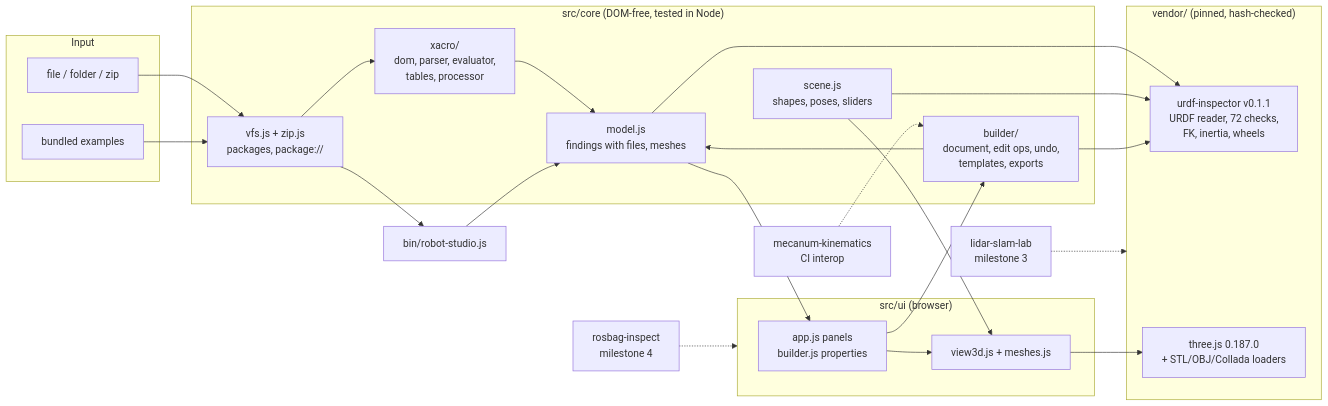
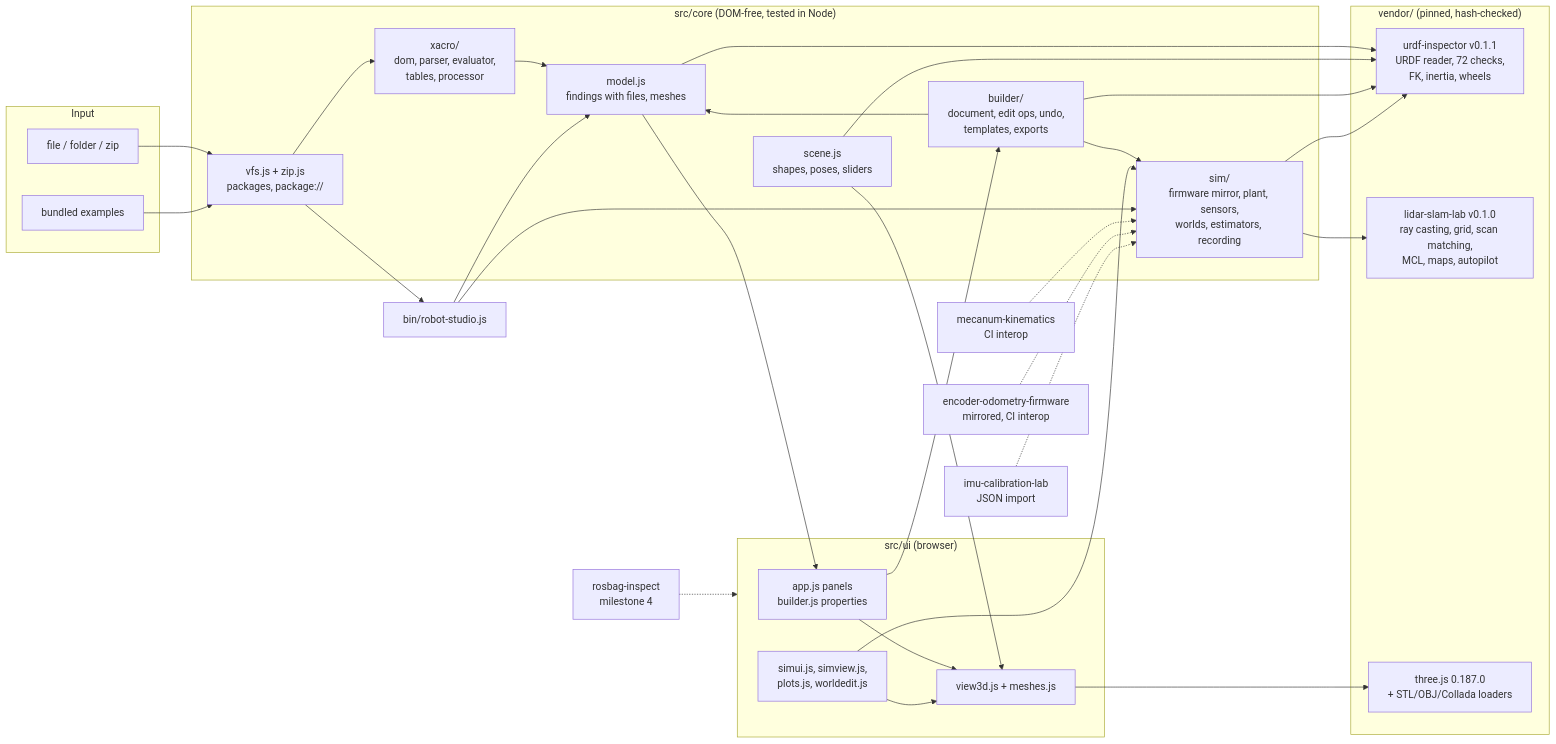
The diagram in README.md (projectbin07-stack/robot-studio), drawn with Mermaid before and after one commit. The commit also changed other lines of this file and 7 other files, not shown here.

Commit message:
Document milestone 3: README simulation section and validation tiers, roadmap (milestone 3 done, milestone 4 refined), handoff, changelog and screenshots from the live site

````diff
--- a/README.md
+++ b/README.md
@@ -193,38 +266,48 @@
 ```mermaid
 flowchart LR
   subgraph input[Input]
     F[file / folder / zip]
     E[bundled examples]
   end
   subgraph core["src/core (DOM-free, tested in Node)"]
     V[vfs.js + zip.js<br/>packages, package://]
     X[xacro/<br/>dom, parser, evaluator,<br/>tables, processor]
     M[model.js<br/>findings with files, meshes]
     S[scene.js<br/>shapes, poses, sliders]
     B[builder/<br/>document, edit ops, undo,<br/>templates, exports]
+    SIM[sim/<br/>firmware mirror, plant, sensors,<br/>worlds, estimators, recording]
   end
   subgraph vendor["vendor/ (pinned, hash-checked)"]
     UI[urdf-inspector v0.1.1<br/>URDF reader, 72 checks,<br/>FK, inertia, wheels]
+    LS[lidar-slam-lab v0.1.0<br/>ray casting, grid, scan matching,<br/>MCL, maps, autopilot]
     T[three.js 0.187.0<br/>+ STL/OBJ/Collada loaders]
   end
   subgraph ui["src/ui (browser)"]
     A[app.js panels<br/>builder.js properties]
     R[view3d.js + meshes.js]
+    SU[simui.js, simview.js,<br/>plots.js, worldedit.js]
   end
   CLI[bin/robot-studio.js]
   F --> V
   E --> V
   V --> X --> M
   M --> UI
   S --> UI
   M --> A
   S --> R --> T
   A --> R
   V --> CLI --> M
   B --> M
   B --> UI
   A --> B
-  LS[lidar-slam-lab<br/>milestone 3] -.-> vendor
-  MK[mecanum-kinematics<br/>CI interop] -.-> B
+  B --> SIM
+  SIM --> UI
+  SIM --> LS
+  SU --> SIM
+  SU --> R
+  CLI --> SIM
+  MK[mecanum-kinematics<br/>CI interop] -.-> SIM
+  FW[encoder-odometry-firmware<br/>mirrored, CI interop] -.-> SIM
+  IC[imu-calibration-lab<br/>JSON import] -.-> SIM
   RB[rosbag-inspect<br/>milestone 4] -.-> ui
 ```
````
